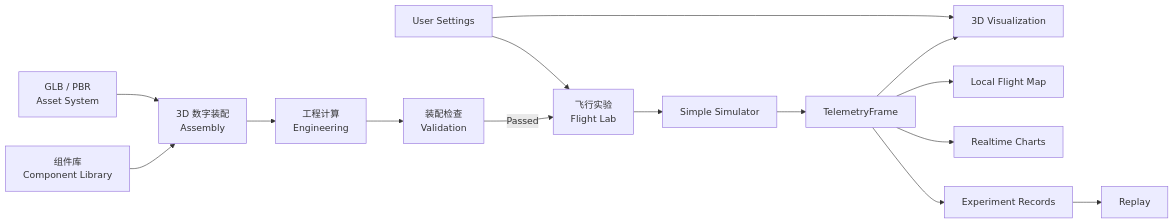
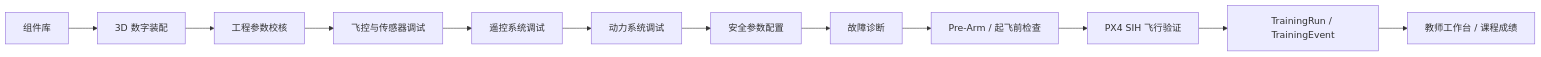
The first of 3 diagrams in README.md (qiqidonebyte/uav-studio), drawn with Mermaid before and after one commit. The commit also changed other lines of this file, not shown here.

Commit message:
docs: rewrite README for UAV training platform

````diff
--- a/README.md
+++ b/README.md
@@ -139,17 +45,14 @@
 ```mermaid
 flowchart LR
-    A["组件库<br/>Component Library"] --> B["3D 数字装配<br/>Assembly"]
-    V["GLB / PBR<br/>Asset System"] --> B
-    B --> C["工程计算<br/>Engineering"]
-    C --> D["装配检查<br/>Validation"]
-    D -->|Passed| E["飞行实验<br/>Flight Lab"]
-    E --> F["Simple Simulator"]
-    F --> G["TelemetryFrame"]
-    G --> H["3D Visualization"]
-    G --> I["Local Flight Map"]
-    G --> J["Realtime Charts"]
-    G --> K["Experiment Records"]
-    K --> L["Replay"]
-    S["User Settings"] --> H
-    S --> E
+    A[组件库] --> B[3D 数字装配]
+    B --> C[工程参数校核]
+    C --> D[飞控与传感器调试]
+    D --> E[遥控系统调试]
+    E --> F[动力系统调试]
+    F --> G[安全参数配置]
+    G --> H[故障诊断]
+    H --> I[Pre-Arm / 起飞前检查]
+    I --> J[PX4 SIH 飞行验证]
+    J --> K[TrainingRun / TrainingEvent]
+    K --> L[教师工作台 / 课程成绩]
 ```
````
